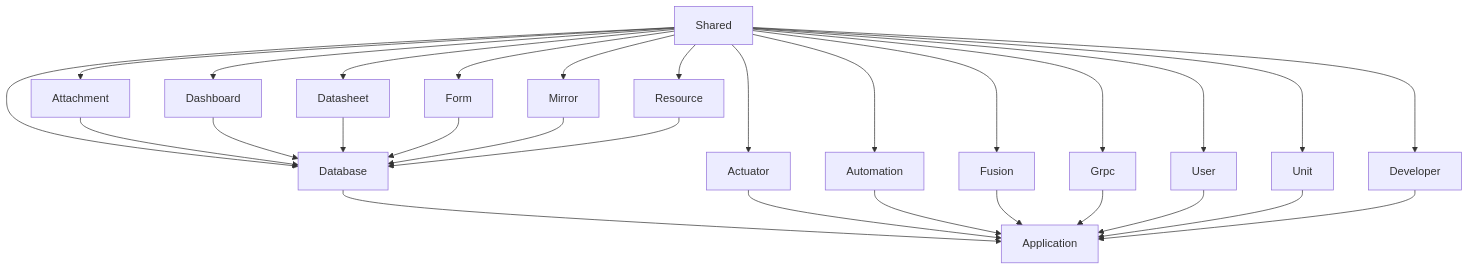
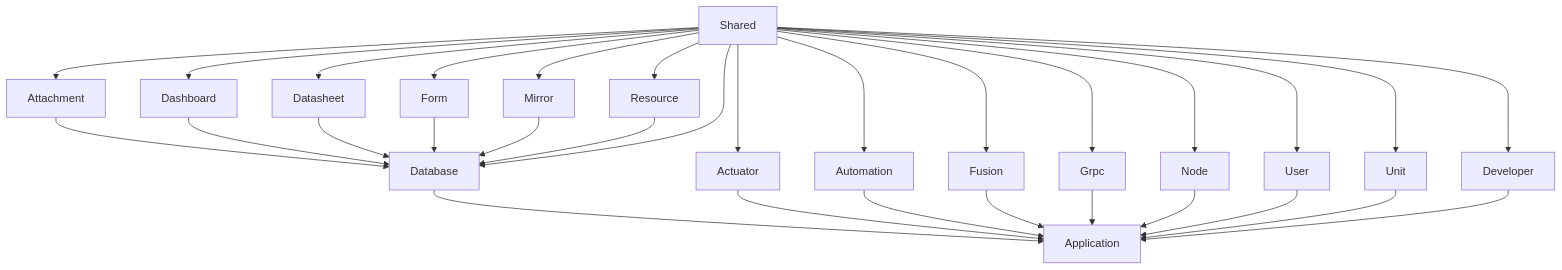
Before and after one commit to apitable/apitable: the diagram in packages/room-server/README.md, drawn with Mermaid. The commit also changed 1 other file, not shown here.

Commit message:
docs: asset copyright

````diff
--- a/packages/room-server/README.md
+++ b/packages/room-server/README.md
@@ -5,31 +5,33 @@
 ```mermaid
 graph TD;
         Database-->Application;
         Actuator-->Application;
         Automation-->Application;
         Fusion-->Application;
         Grpc-->Application;
-        User-->Application;;
-        Unit-->Application;;
-        Developer-->Application;;
-        Shared-->Database;
-        Shared-->Actuator;
-        Shared-->Automation;
-        Shared-->Fusion;
-        Shared-->Grpc;
-        Shared-->User;
-        Shared-->Unit;
-        Shared-->Developer;
+        Node-->Application;
+        User-->Application;
+        Unit-->Application;
+        Developer-->Application;
         Attachment-->Database;
         Dashboard-->Database;
         Datasheet-->Database;
         Form-->Database;
         Mirror-->Database;
         Resource-->Database;
         Shared-->Attachment;
         Shared-->Dashboard;
         Shared-->Datasheet;
         Shared-->Form;
         Shared-->Mirror;
         Shared-->Resource;
+        Shared-->Database;
+        Shared-->Actuator;
+        Shared-->Automation;
+        Shared-->Fusion;
+        Shared-->Grpc;
+        Shared-->Node;
+        Shared-->User;
+        Shared-->Unit;
+        Shared-->Developer;
 ```
````
